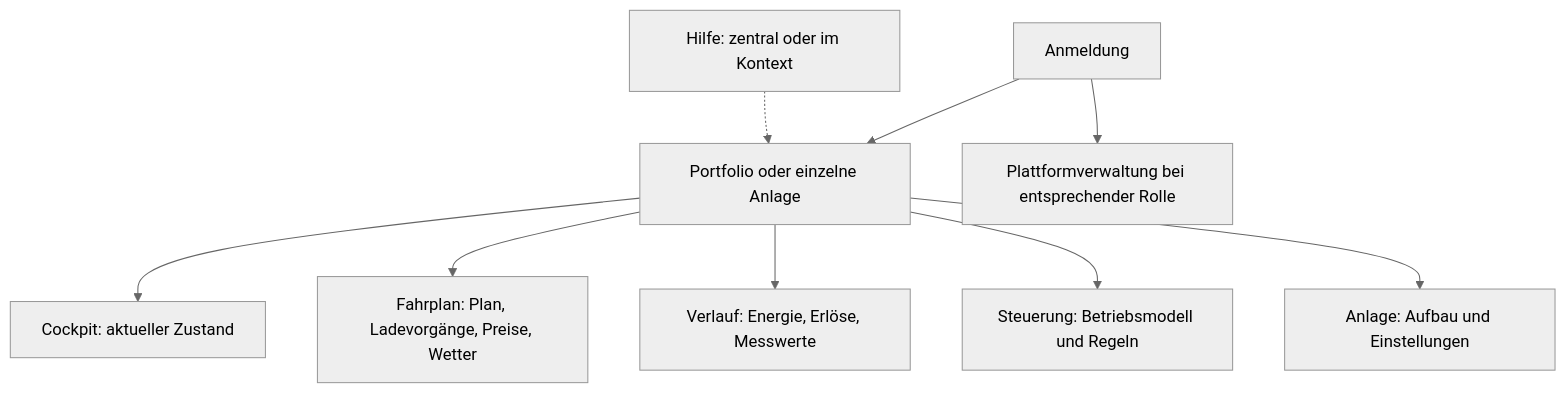
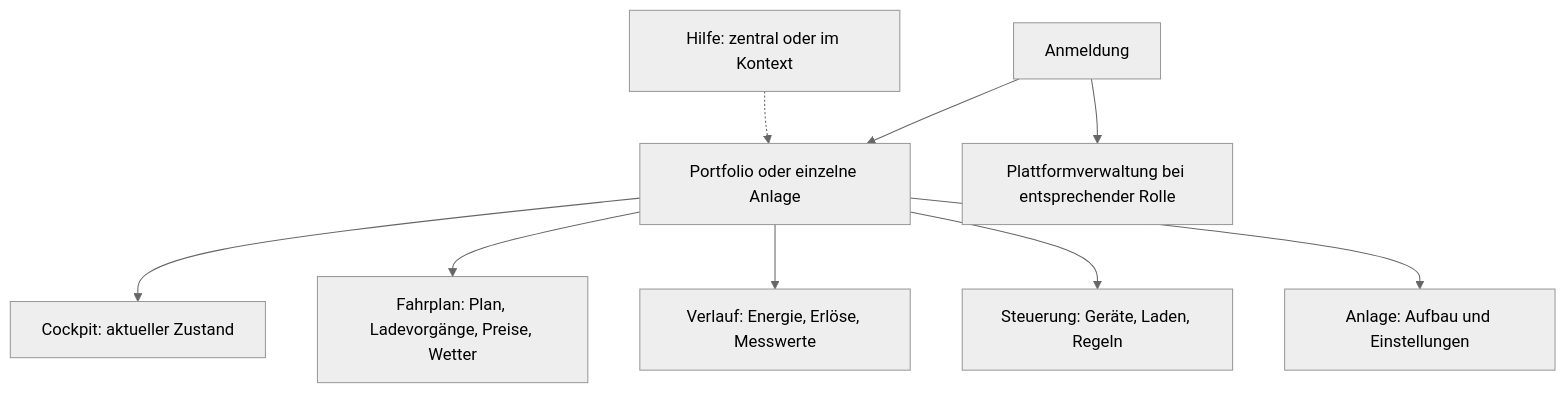
The diagram in docs/portal.md (Rayleigh3105/voltpilot-ems), drawn with Mermaid (neutral theme) before and after one commit. The commit also changed other lines of this file and 40 other files, not shown here.

First line of the commit message:
Steuerung: Hilfe, Glossar und Doku auf die drei Reiter

````diff
--- a/docs/portal.md
+++ b/docs/portal.md
@@ -9,11 +9,11 @@
 ```mermaid
 flowchart TD
     Login["Anmeldung"] --> Auswahl["Portfolio oder einzelne Anlage"]
     Auswahl --> Cockpit["Cockpit: aktueller Zustand"]
     Auswahl --> Plan["Fahrplan: Plan, Ladevorgänge, Preise, Wetter"]
     Auswahl --> Verlauf["Verlauf: Energie, Erlöse, Messwerte"]
-    Auswahl --> Steuerung["Steuerung: Betriebsmodell und Regeln"]
+    Auswahl --> Steuerung["Steuerung: Geräte, Laden, Regeln"]
     Auswahl --> Anlage["Anlage: Aufbau und Einstellungen"]
     Login --> Admin["Plattformverwaltung bei entsprechender Rolle"]
     Hilfe["Hilfe: zentral oder im Kontext"] -.-> Auswahl
 ```
````
